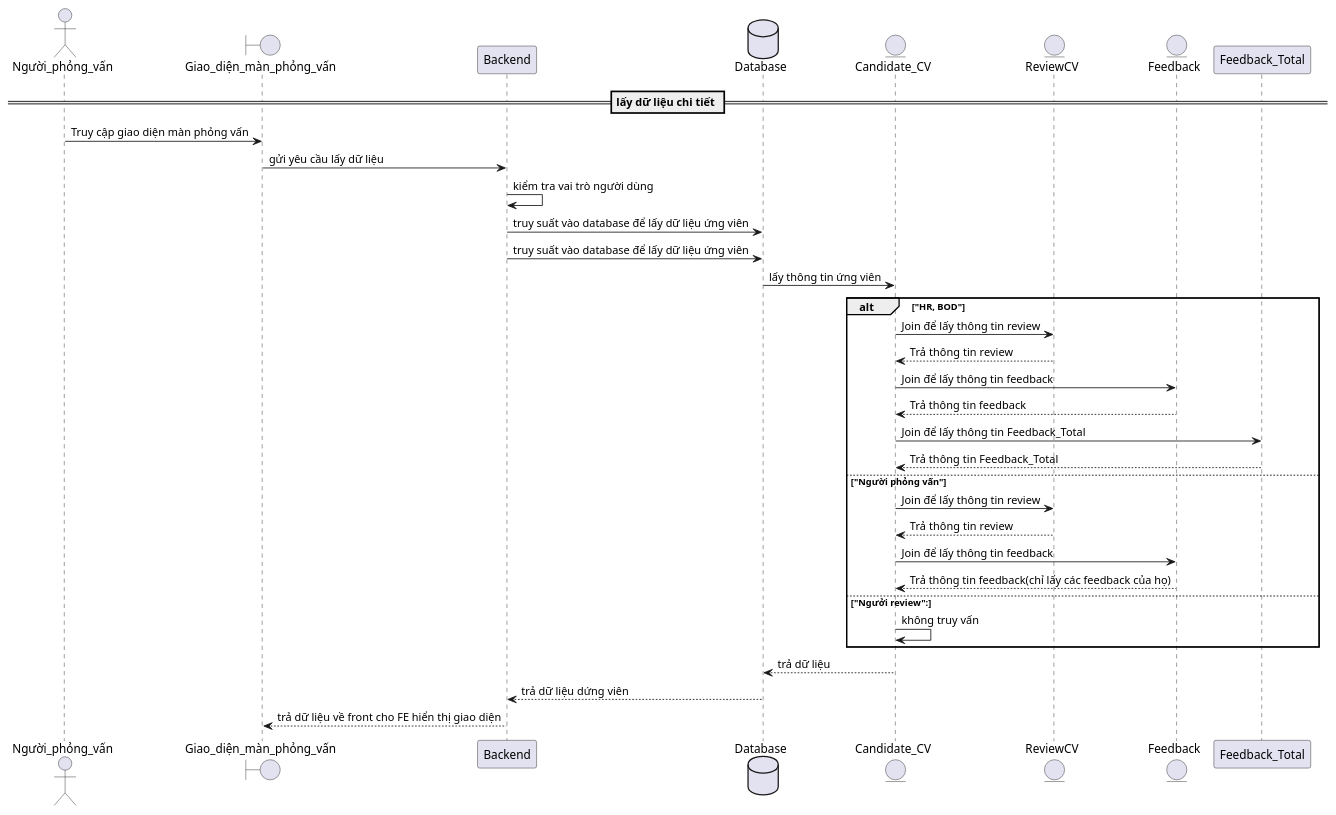
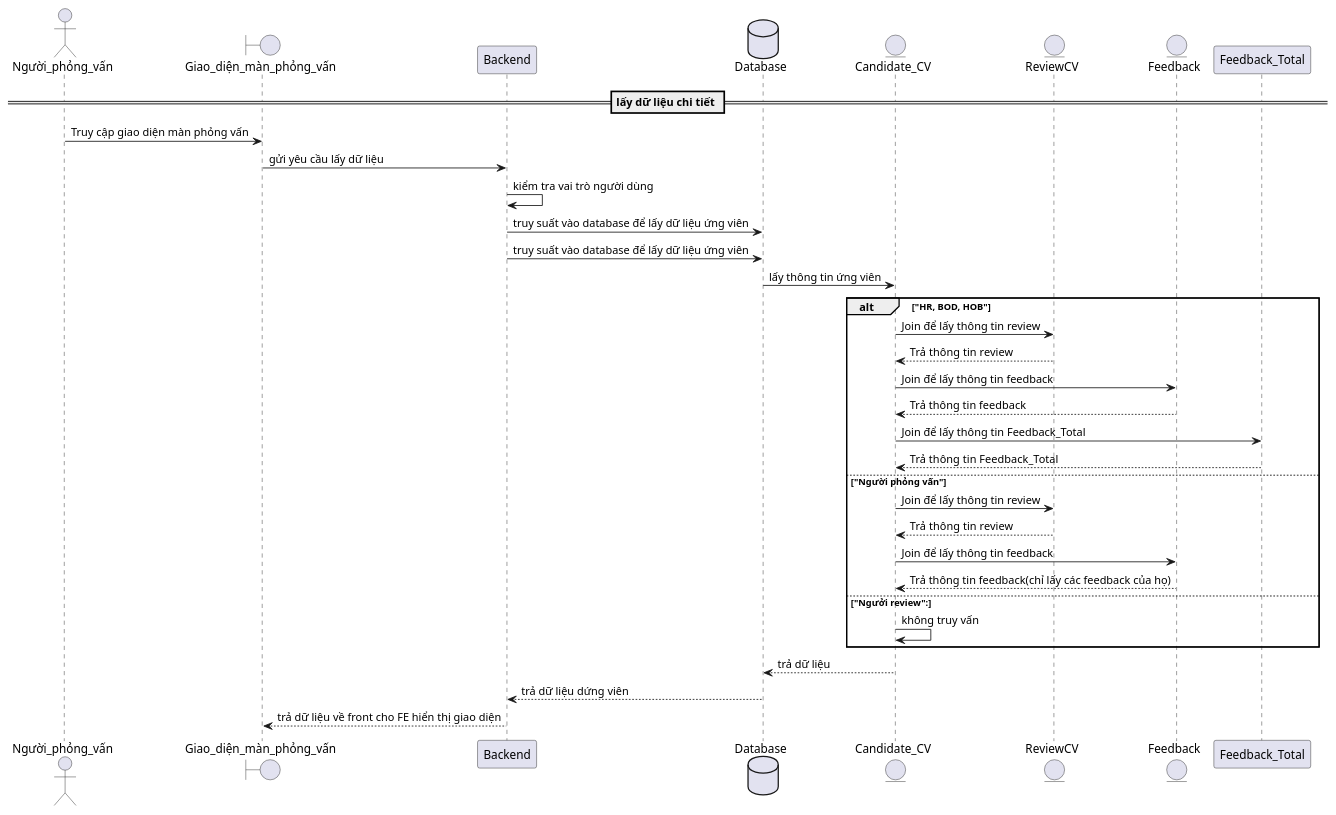
Before and after one commit to dinhtam7402/vissoft: the diagram in lay-chi-tiet.puml, drawn with PlantUML. The commit also changed 1 other file, not shown here.

```diff
--- a/lay-chi-tiet.puml
+++ b/lay-chi-tiet.puml
@@ -1,60 +1,59 @@
 @startuml
 actor Người_phỏng_vấn as NPV
 boundary Giao_diện_màn_phỏng_vấn as GD
 participant Backend as BE
 database Database as DB
 
 
 
 'entity Employee
 'entity School
 entity Candidate_CV as CV
 entity ReviewCV
 entity Feedback
 'entity Feedback_Total
 'entity Param
 'entity Calendar
 'entity Calendar_Employee
 'entity Pre_employees
 'entity Employee_Contract
 'entity Relative
 'entity JD
 'entity recruitment_need
 'entity Histories_Status
 'entity recruitment_stakeholder
 'entity Department
 
 == lấy dữ liệu chi tiết ==
 NPV -> GD: Truy cập giao diện màn phỏng vấn
 GD -> BE: gửi yêu cầu lấy dữ liệu
 BE -> BE: kiểm tra vai trò người dùng
 BE -> DB: truy suất vào database để lấy dữ liệu ứng viên
 'Lấy CV của ứng viên
 BE -> DB: truy suất vào database để lấy dữ liệu ứng viên
 DB -> CV: lấy thông tin ứng viên
-'Chỗ này có HOD không nhỉ
-alt "HR, BOD"
+alt "HR, BOD, HOB"
     'Lấy review về ứng viên
     CV -> ReviewCV: Join để lấy thông tin review
     CV <-- ReviewCV: Trả thông tin review
     'Lấy review về ứng viên
     CV -> Feedback: Join để lấy thông tin feedback
     CV <-- Feedback: Trả thông tin feedback
     'Lấy review về ứng viên
     CV -> Feedback_Total: Join để lấy thông tin Feedback_Total
     CV <-- Feedback_Total: Trả thông tin Feedback_Total
 
 else "Người phỏng vấn"
     'Lấy review về ứng viên
     CV -> ReviewCV: Join để lấy thông tin review
     CV <-- ReviewCV: Trả thông tin review
     'Lấy review về ứng viên
     CV -> Feedback: Join để lấy thông tin feedback
     CV <-- Feedback: Trả thông tin feedback(chỉ lấy các feedback của họ)
 else "Ngưởi review":
     CV -> CV: không truy vấn
 end
 CV -->DB: trả dữ liệu
 BE <-- DB: trả dữ liệu dứng viên
 GD<--BE: trả dữ liệu về front cho FE hiển thị giao diện
 @enduml
```
